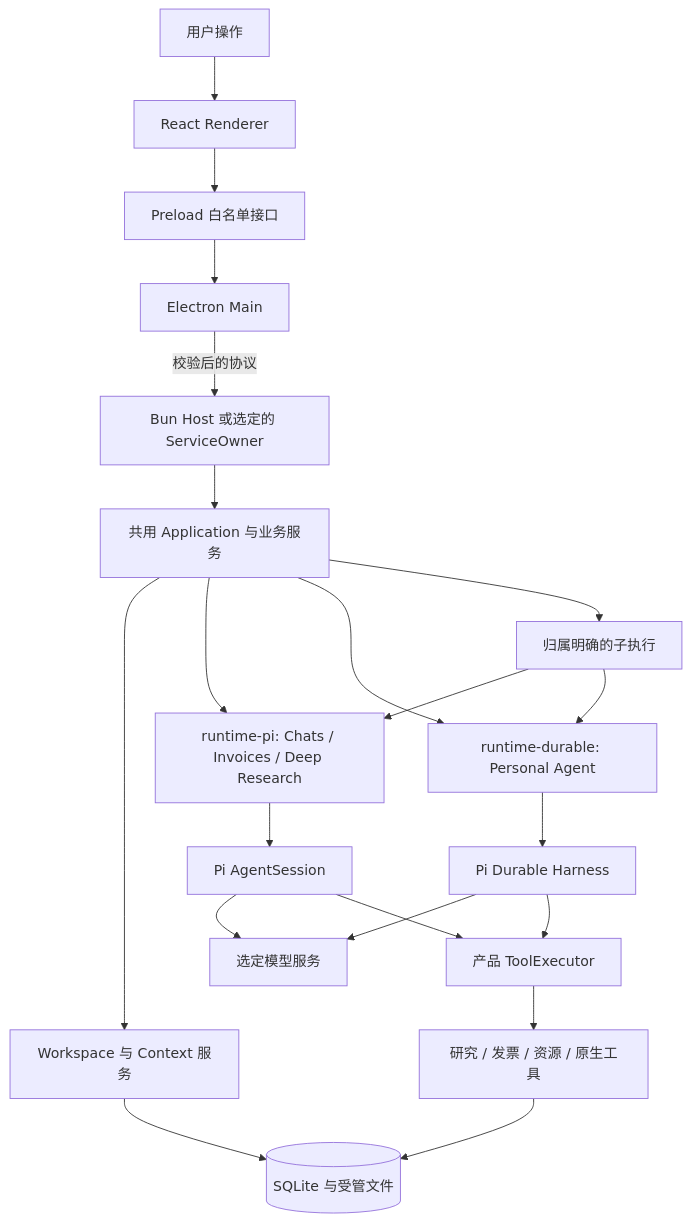
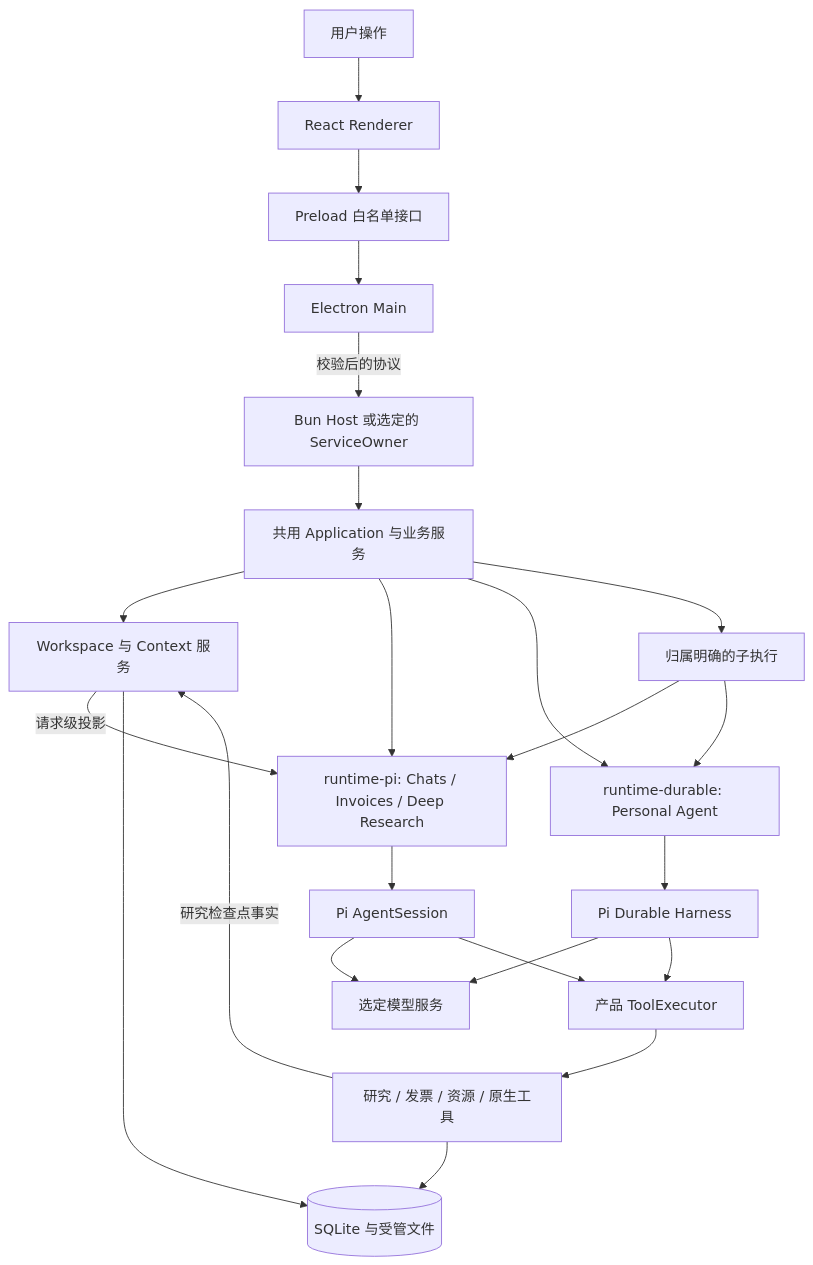
The diagram in docs/public/architecture.zh-CN.md (ChaoDiDiaoAA/Flowmate), drawn with Mermaid before and after one commit. The commit also changed other lines of this file and 24 other files, not shown here.

````diff
--- a/docs/public/architecture.zh-CN.md
+++ b/docs/public/architecture.zh-CN.md
@@ -11,23 +11,25 @@
 ```mermaid
 flowchart TB
   User[用户操作] --> Renderer[React Renderer]
   Renderer --> Preload[Preload 白名单接口]
   Preload --> Main[Electron Main]
   Main -->|校验后的协议| Host[Bun Host 或选定的 ServiceOwner]
   Host --> App[共用 Application 与业务服务]
   App --> Context[Workspace 与 Context 服务]
   App --> Adapter[runtime-pi: Chats / Invoices / Deep Research]
+  Context -->|请求级投影| Adapter
   Adapter --> SDK[Pi AgentSession]
   App --> Durable[runtime-durable: Personal Agent]
   Durable --> Harness[Pi Durable Harness]
   SDK --> Model[选定模型服务]
   Harness --> Model
   SDK --> Executor[产品 ToolExecutor]
   Harness --> Executor
   Executor --> Domain[研究 / 发票 / 资源 / 原生工具]
+  Domain -->|研究检查点事实| Context
   Context --> Store[(SQLite 与受管文件)]
   Domain --> Store
   App --> Children[归属明确的子执行]
   Children --> Adapter
   Children --> Durable
 ```
````
